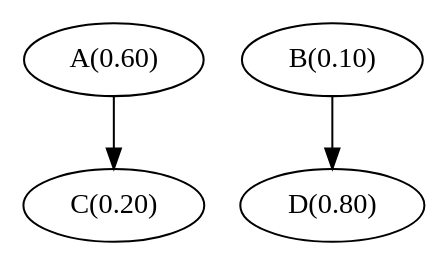
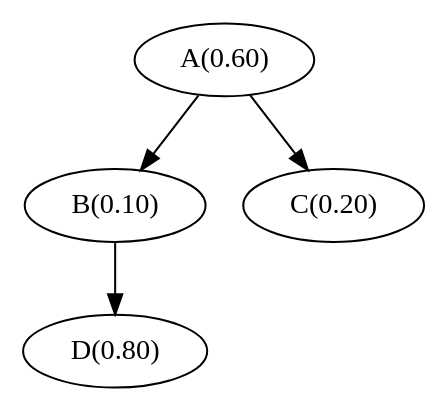
The diagram in runner/cases/intermittent_edge_and_progress.dot (rlch/tutero-assignment), drawn with Graphviz before and after one commit. The commit also changed 10 other files, not shown here.

```diff
--- a/runner/cases/intermittent_edge_and_progress.dot
+++ b/runner/cases/intermittent_edge_and_progress.dot
@@ -1,21 +1,23 @@
 
 strict digraph intermittent_edge_and_progress {
 
 	// Node definitions.
 
 	"A(0.60)";
 
 	"B(0.10)";
 
 	"C(0.20)";
 
 	"D(0.80)";
 
 
 	// Edge definitions.
 
+	"A(0.60)" -> "B(0.10)";
+
 	"A(0.60)" -> "C(0.20)";
 
 	"B(0.10)" -> "D(0.80)";
 
 }
```
